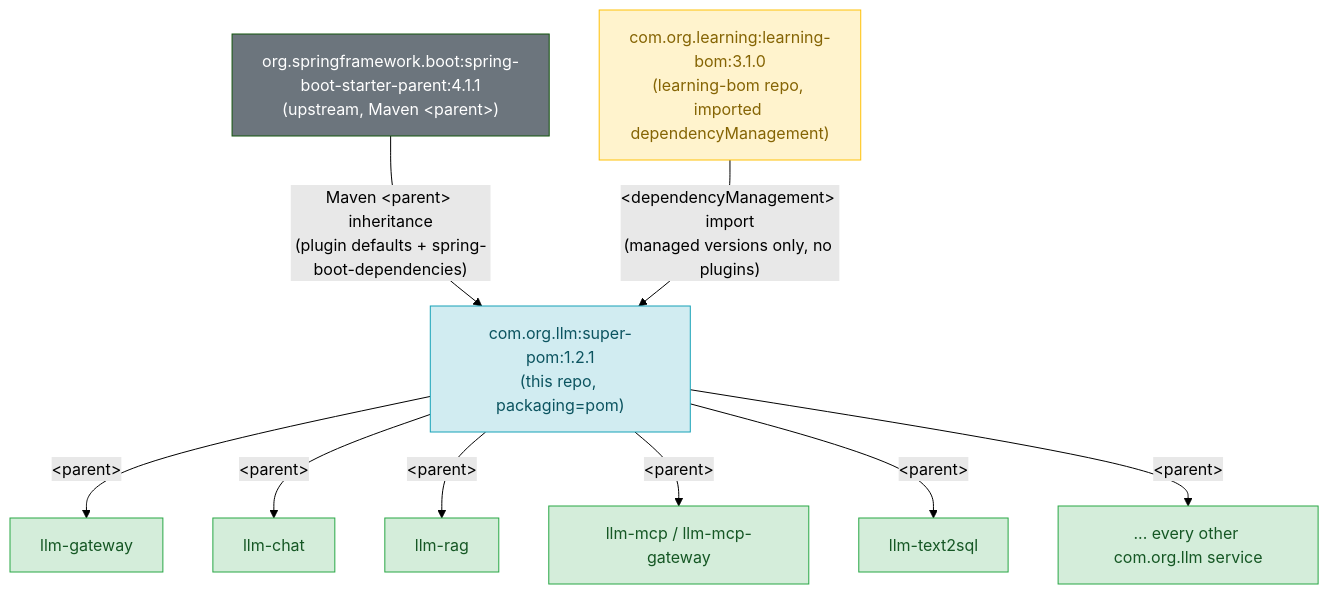
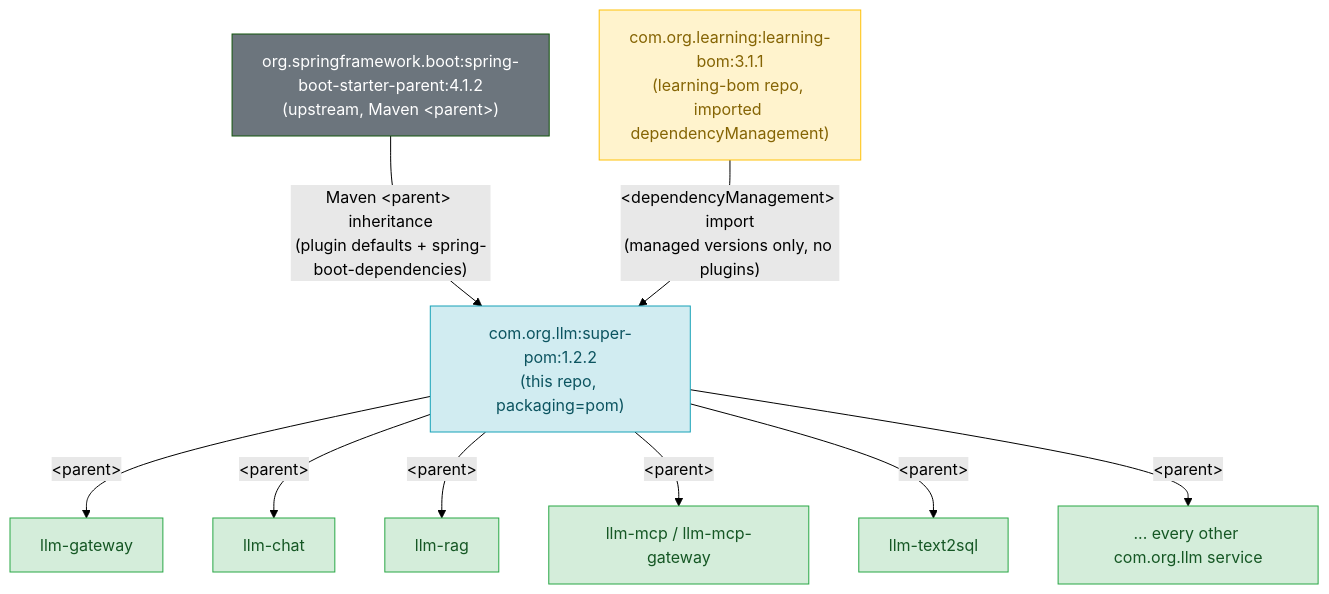
Before and after one commit to himnay/super-pom: the first of 2 diagrams in README.md, drawn with Mermaid (forest theme). The commit also changed other lines of this file and 1 other file, not shown here.

First line of the commit message:
Release super-pom 1.2.2: latest stable parent, BOM and plugins

````diff
--- a/README.md
+++ b/README.md
@@ -222,26 +222,26 @@
 ```mermaid
 graph TD
-    SBSP["org.springframework.boot:spring-boot-starter-parent:4.1.1<br/>(upstream, Maven &lt;parent&gt;)"]
-    BOM["com.org.learning:learning-bom:3.1.0<br/>(learning-bom repo, imported dependencyManagement)"]
-    SP["com.org.llm:super-pom:1.2.1<br/>(this repo, packaging=pom)"]
+    SBSP["org.springframework.boot:spring-boot-starter-parent:4.1.2<br/>(upstream, Maven &lt;parent&gt;)"]
+    BOM["com.org.learning:learning-bom:3.1.1<br/>(learning-bom repo, imported dependencyManagement)"]
+    SP["com.org.llm:super-pom:1.2.2<br/>(this repo, packaging=pom)"]
 
     SBSP -->|"Maven &lt;parent&gt; inheritance<br/>(plugin defaults + spring-boot-dependencies)"| SP
     BOM -->|"&lt;dependencyManagement&gt; import<br/>(managed versions only, no plugins)"| SP
 
     SP -->|"&lt;parent&gt;"| LG[llm-gateway]
     SP -->|"&lt;parent&gt;"| LC[llm-chat]
     SP -->|"&lt;parent&gt;"| LR[llm-rag]
     SP -->|"&lt;parent&gt;"| LM[llm-mcp / llm-mcp-gateway]
     SP -->|"&lt;parent&gt;"| LT[llm-text2sql]
     SP -->|"&lt;parent&gt;"| LO[... every other com.org.llm service]
 
     style SBSP fill:#6c757d,color:#fff
     style BOM fill:#fff3cd,color:#856404,stroke:#ffc107
     style SP fill:#d1ecf1,color:#0c5460,stroke:#17a2b8
     style LG fill:#d4edda,color:#155724,stroke:#28a745
     style LC fill:#d4edda,color:#155724,stroke:#28a745
     style LR fill:#d4edda,color:#155724,stroke:#28a745
     style LM fill:#d4edda,color:#155724,stroke:#28a745
     style LT fill:#d4edda,color:#155724,stroke:#28a745
     style LO fill:#d4edda,color:#155724,stroke:#28a745
 ```
````
